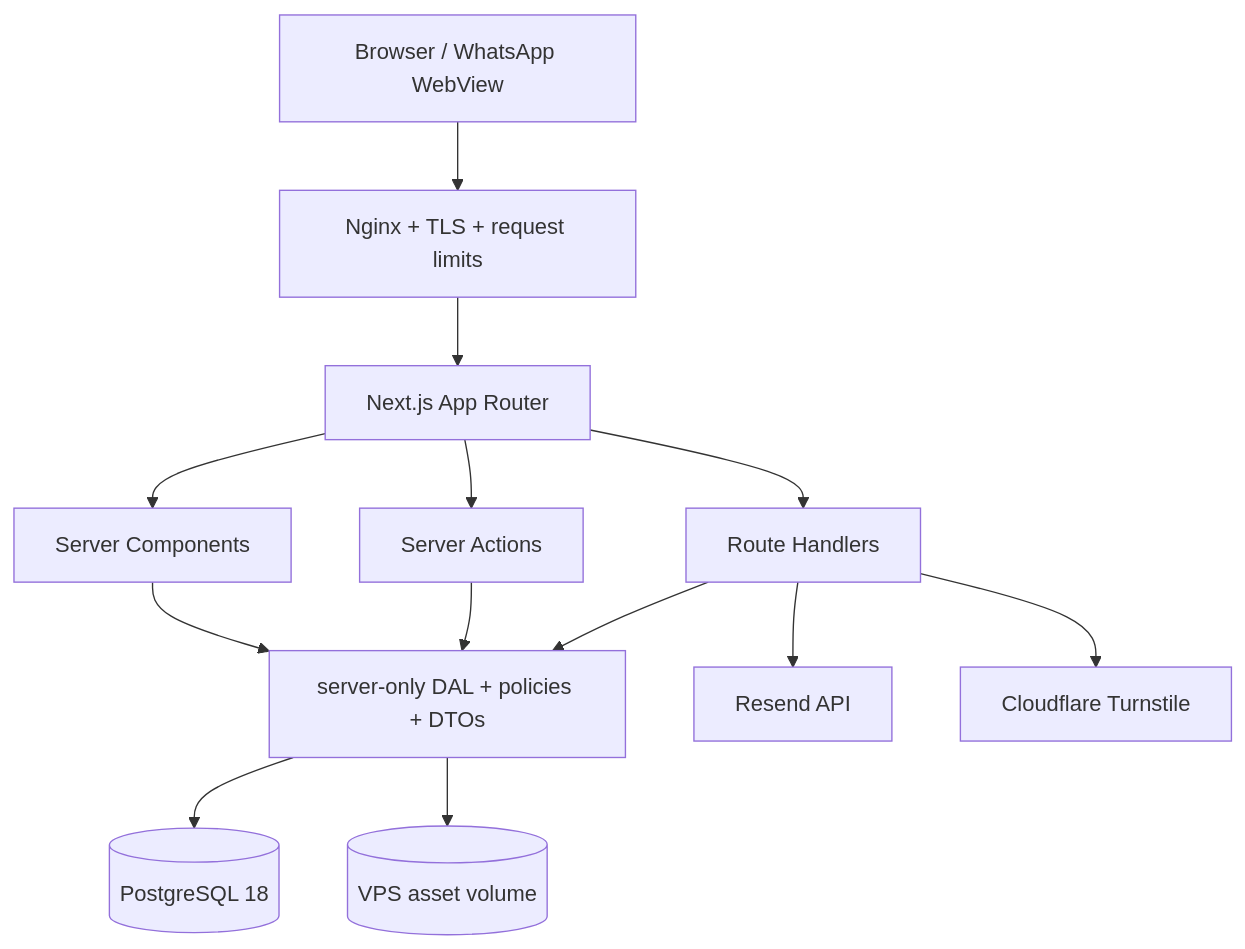
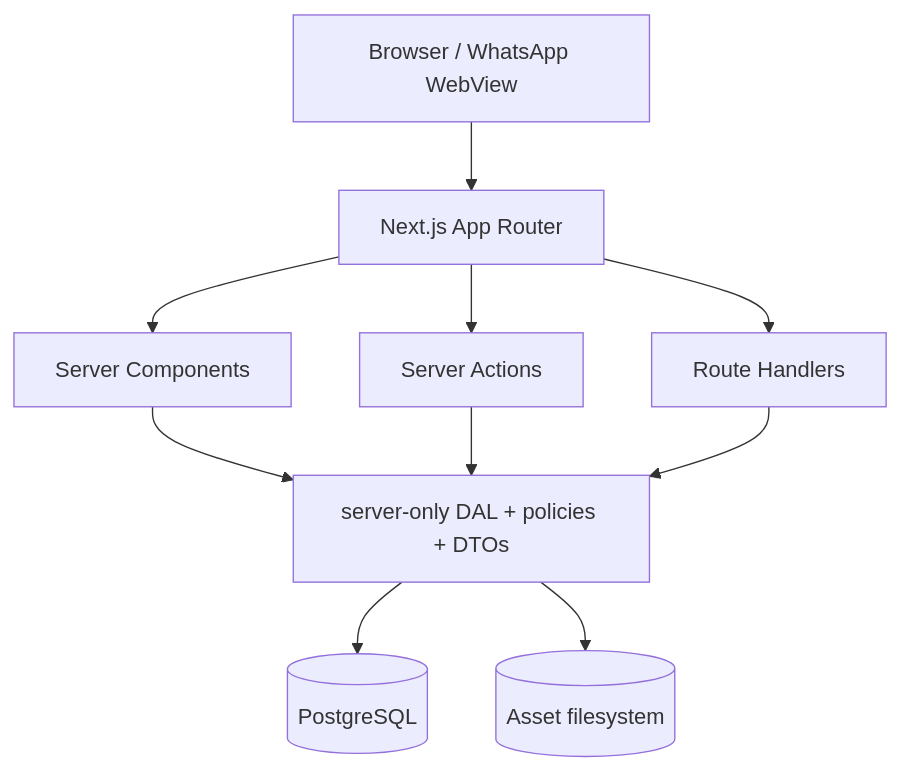
One commit to farreladelm/kamukamiundang changed the first of 5 diagrams in tasks/plan.md. Above: the diagram before and after it, drawn with Mermaid. The commit also changed other lines of this file and 3 other files, not shown here.

````diff
--- a/tasks/plan.md
+++ b/tasks/plan.md
@@ -44,27 +80,21 @@
 ```mermaid
 flowchart TB
   Browser[Browser / WhatsApp WebView]
-  Nginx[Nginx + TLS + request limits]
-  Next[Next.js App Router]
+  App[Next.js App Router]
   Pages[Server Components]
   Actions[Server Actions]
   Routes[Route Handlers]
   DAL[server-only DAL + policies + DTOs]
-  DB[(PostgreSQL 18)]
-  Files[(VPS asset volume)]
-  Resend[Resend API]
-  Turnstile[Cloudflare Turnstile]
+  DB[(PostgreSQL)]
+  Files[(Asset filesystem)]
 
-  Browser --> Nginx
-  Nginx --> Next
-  Next --> Pages
-  Next --> Actions
-  Next --> Routes
+  Browser --> App
+  App --> Pages
+  App --> Actions
+  App --> Routes
   Pages --> DAL
   Actions --> DAL
   Routes --> DAL
   DAL --> DB
   DAL --> Files
-  Routes --> Resend
-  Routes --> Turnstile
 ```
````
